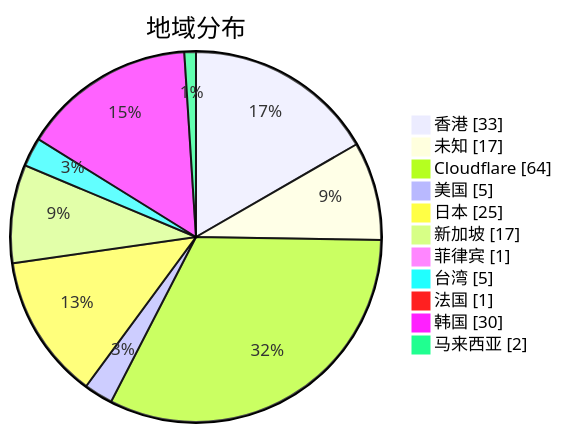
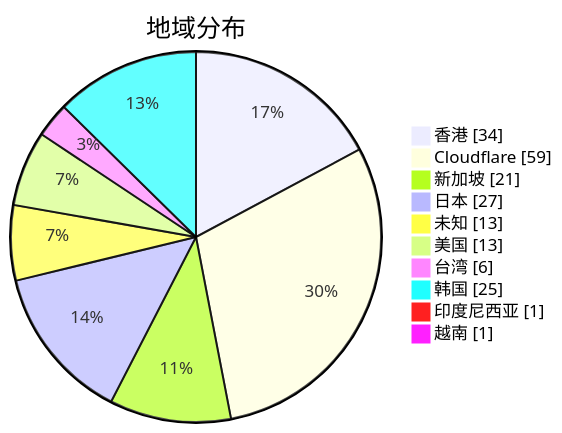
One commit to qjlxg/airport changed the second of 3 diagrams in subs/statistics/tested_within.md. Above: the diagram before and after it, drawn with Mermaid. The commit also changed other lines of this file and 2 other files, not shown here.

Commit message:
Tested by metaST

````diff
--- a/subs/statistics/tested_within.md
+++ b/subs/statistics/tested_within.md
@@ -12,15 +12,14 @@
 ```mermaid
 pie showData
 title 地域分布
-"香港" : 33
-"未知" : 17
-"Cloudflare" : 64
-"美国" : 5
-"日本" : 25
-"新加坡" : 17
-"菲律宾" : 1
-"台湾" : 5
-"法国" : 1
-"韩国" : 30
-"马来西亚" : 2
+"香港" : 34
+"Cloudflare" : 59
+"新加坡" : 21
+"日本" : 27
+"未知" : 13
+"美国" : 13
+"台湾" : 6
+"韩国" : 25
+"印度尼西亚" : 1
+"越南" : 1
 ```
````
